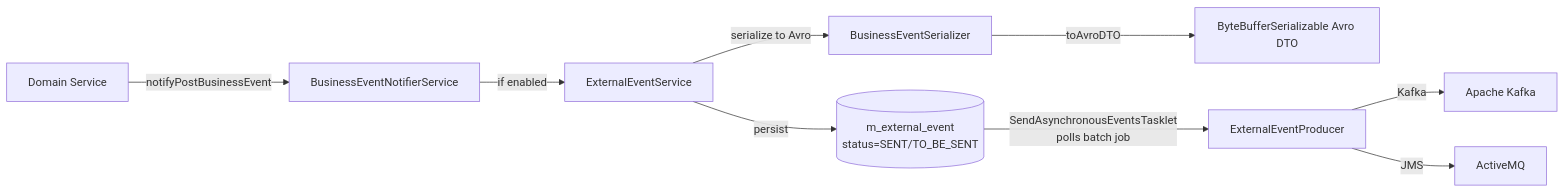
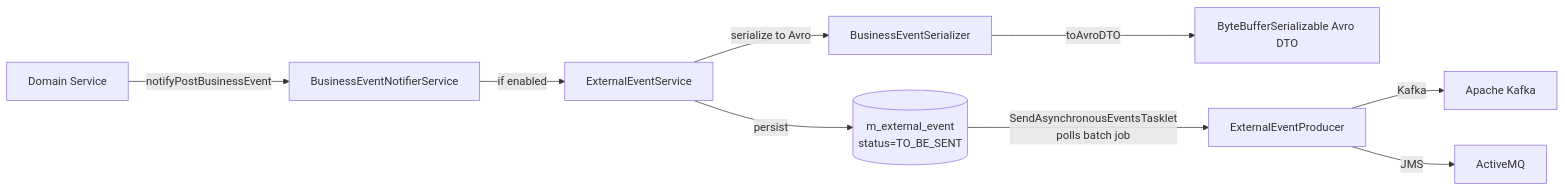
Before and after one commit to mintlify-atlas/docs-wiki-011f043b: the diagram in core/event-system.mdx, drawn with Mermaid. The commit also changed other lines of this file and 24 other files, not shown here.

````diff
--- a/core/event-system.mdx
+++ b/core/event-system.mdx
@@ -118,11 +118,11 @@
 ```mermaid
 flowchart LR
     DS[Domain Service] -->|notifyPostBusinessEvent| BN[BusinessEventNotifierService]
     BN -->|if enabled| EES[ExternalEventService]
     EES -->|serialize to Avro| BES[BusinessEventSerializer]
     BES -->|toAvroDTO| DTO[ByteBufferSerializable Avro DTO]
-    EES -->|persist| DB[(m_external_event\nstatus=SENT/TO_BE_SENT)]
+    EES -->|persist| DB[(m_external_event\nstatus=TO_BE_SENT)]
     DB -->|SendAsynchronousEventsTasklet\npolls batch job| EP[ExternalEventProducer]
     EP -->|Kafka| K[Apache Kafka]
     EP -->|JMS| J[ActiveMQ]
 ```
````
